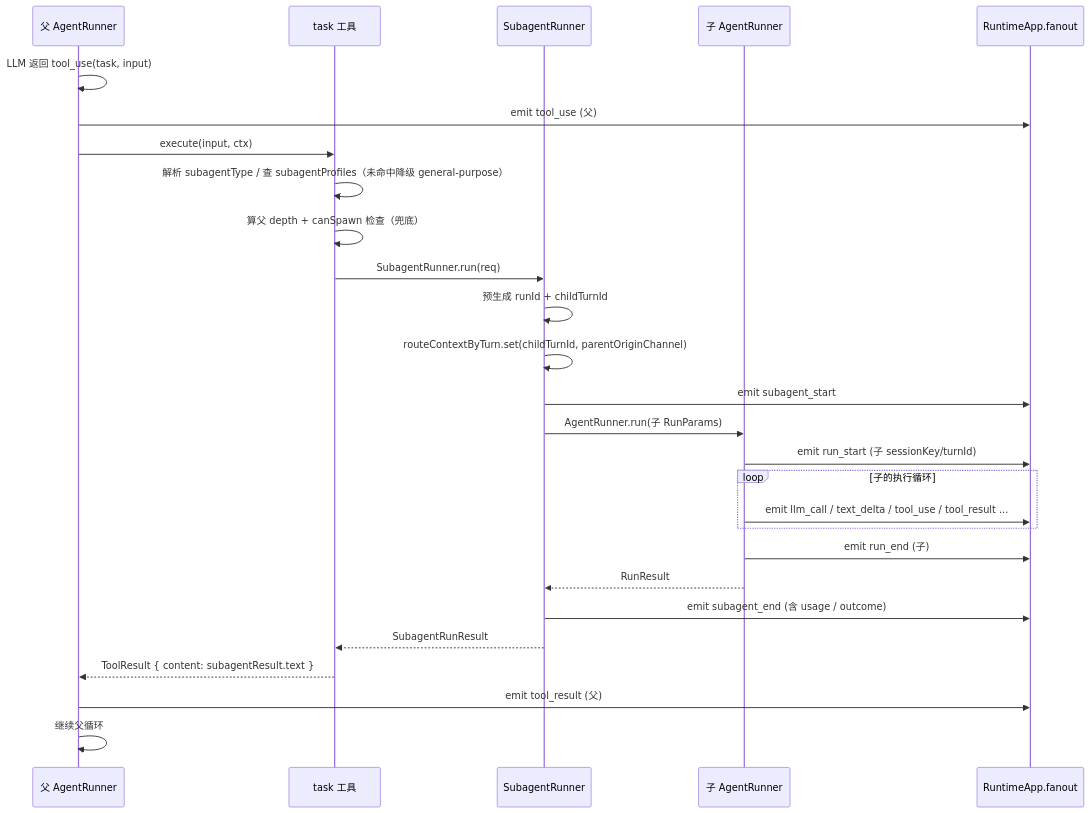
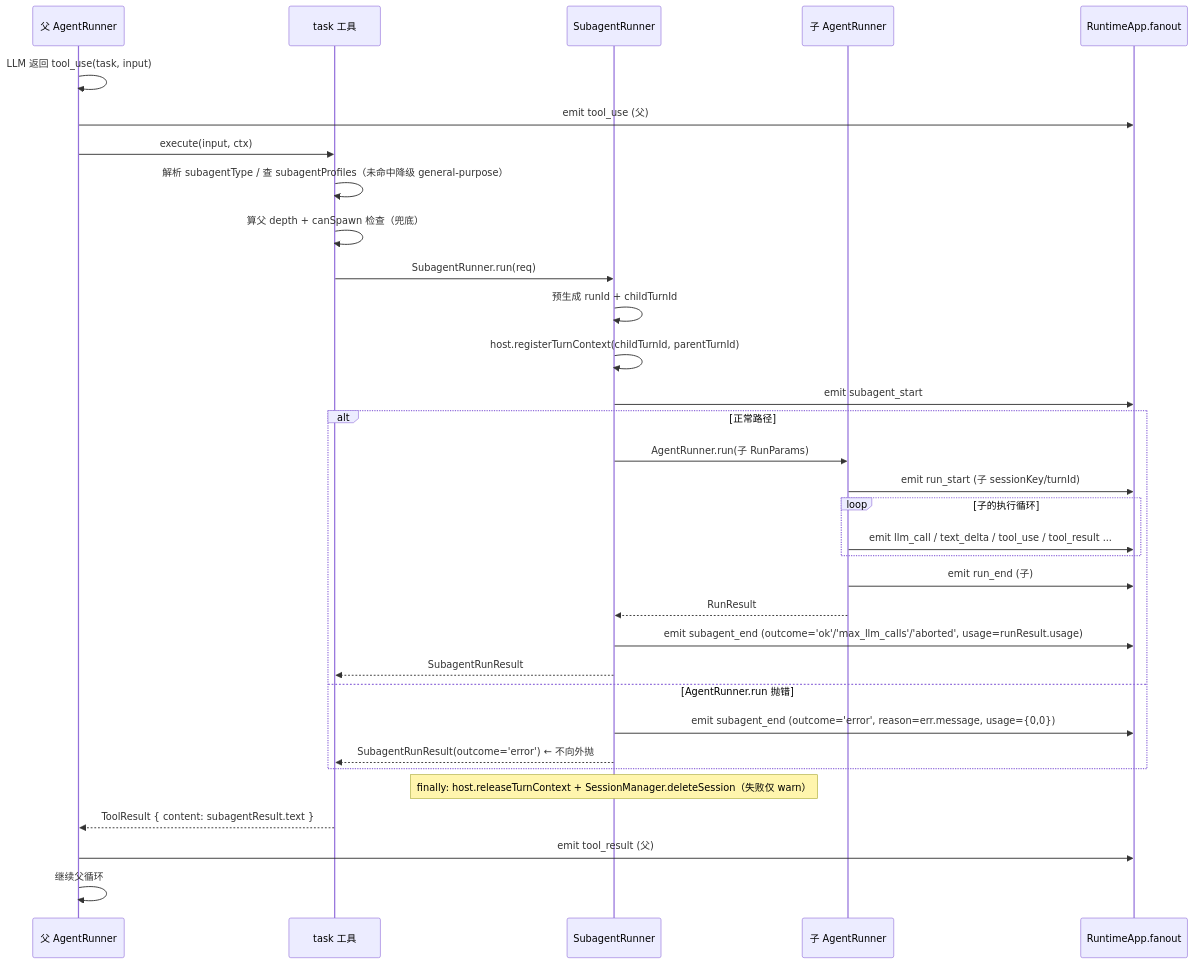
The third of 4 diagrams in docs/architecture/core-subagent-spec.md (luciferwww/my-agent), drawn with Mermaid before and after one commit. The commit also changed other lines of this file and 4 other files, not shown here.

````diff
--- a/docs/architecture/core-subagent-spec.md
+++ b/docs/architecture/core-subagent-spec.md
@@ -835,32 +960,38 @@
 ```mermaid
 sequenceDiagram
     participant Father as 父 AgentRunner
     participant TaskTool as task 工具
     participant SubR as SubagentRunner
     participant Child as 子 AgentRunner
     participant Fanout as RuntimeApp.fanout
 
     Father->>Father: LLM 返回 tool_use(task, input)
     Father->>Fanout: emit tool_use (父)
     Father->>TaskTool: execute(input, ctx)
     TaskTool->>TaskTool: 解析 subagentType / 查 subagentProfiles（未命中降级 general-purpose）
     TaskTool->>TaskTool: 算父 depth + canSpawn 检查（兜底）
     TaskTool->>SubR: SubagentRunner.run(req)
 
     SubR->>SubR: 预生成 runId + childTurnId
-    SubR->>SubR: routeContextByTurn.set(childTurnId, parentOriginChannel)
+    SubR->>SubR: host.registerTurnContext(childTurnId, parentTurnId)
     SubR->>Fanout: emit subagent_start
-    SubR->>Child: AgentRunner.run(子 RunParams)
-    Child->>Fanout: emit run_start (子 sessionKey/turnId)
-    loop 子的执行循环
-        Child->>Fanout: emit llm_call / text_delta / tool_use / tool_result ...
+    alt 正常路径
+        SubR->>Child: AgentRunner.run(子 RunParams)
+        Child->>Fanout: emit run_start (子 sessionKey/turnId)
+        loop 子的执行循环
+            Child->>Fanout: emit llm_call / text_delta / tool_use / tool_result ...
+        end
+        Child->>Fanout: emit run_end (子)
+        Child-->>SubR: RunResult
+        SubR->>Fanout: emit subagent_end (outcome='ok'/'max_llm_calls'/'aborted', usage=runResult.usage)
+        SubR-->>TaskTool: SubagentRunResult
+    else AgentRunner.run 抛错
+        SubR->>Fanout: emit subagent_end (outcome='error', reason=err.message, usage={0,0})
+        SubR-->>TaskTool: SubagentRunResult(outcome='error') ← 不向外抛
     end
-    Child->>Fanout: emit run_end (子)
-    Child-->>SubR: RunResult
-    SubR->>Fanout: emit subagent_end (含 usage / outcome)
-    SubR-->>TaskTool: SubagentRunResult
+    note over SubR: finally: host.releaseTurnContext + SessionManager.deleteSession（失败仅 warn）
 
     TaskTool-->>Father: ToolResult { content: subagentResult.text }
     Father->>Fanout: emit tool_result (父)
     Father->>Father: 继续父循环
 ```
````
